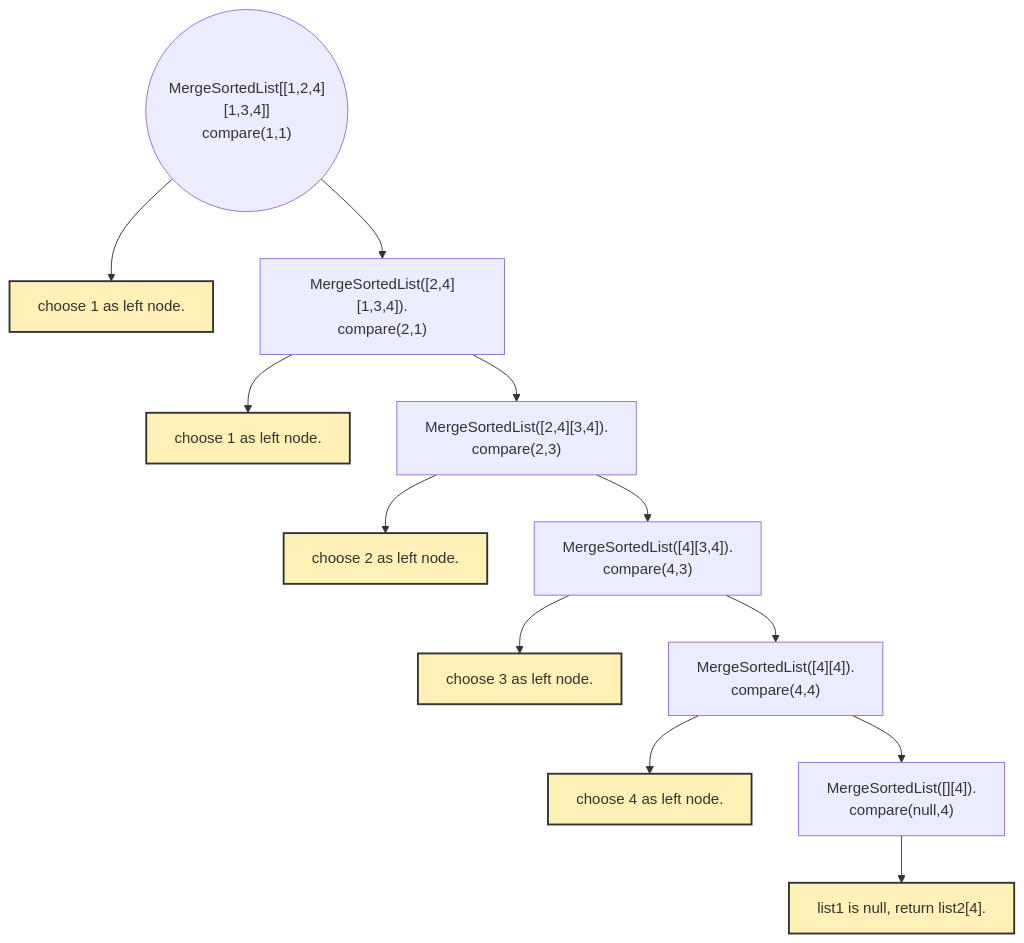
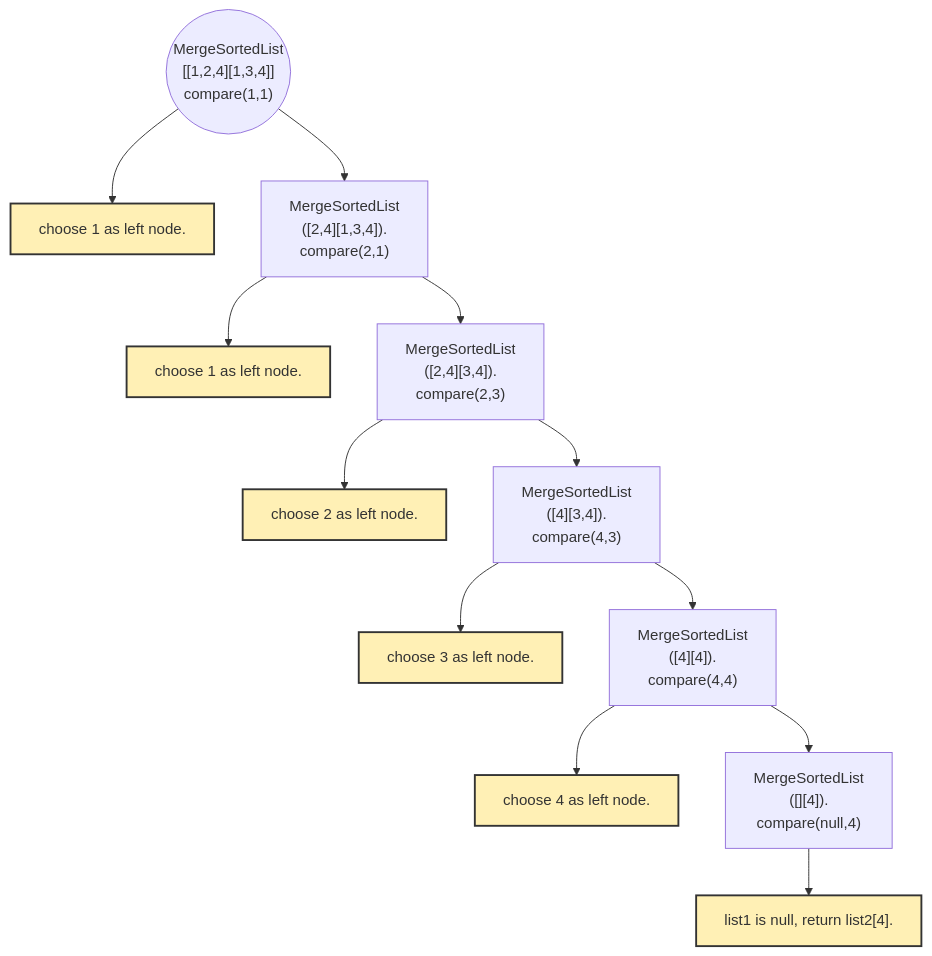
The diagram in merge-two-sorted-lists/README.md (internetms52/leetcode-notes), drawn with Mermaid before and after one commit.

````diff
--- a/merge-two-sorted-lists/README.md
+++ b/merge-two-sorted-lists/README.md
@@ -31,16 +31,16 @@
 ```mermaid
 flowchart TD
-  root(("MergeSortedList[[1,2,4][1,3,4]]<br>compare(1,1)"))-->A["choose 1 as left node."]:::yellow
-  root-->B["MergeSortedList([2,4][1,3,4]).<br>compare(2,1)"]
+  root(("MergeSortedList<br>[[1,2,4][1,3,4]]<br>compare(1,1)"))-->A["choose 1 as left node."]:::yellow
+  root-->B["MergeSortedList<br>([2,4][1,3,4]).<br>compare(2,1)"]
   B-->C["choose 1 as left node."]:::yellow
-  B-->D["MergeSortedList([2,4][3,4]).<br>compare(2,3)"]
+  B-->D["MergeSortedList<br>([2,4][3,4]).<br>compare(2,3)"]
   D-->E["choose 2 as left node."]:::yellow
-  D-->F["MergeSortedList([4][3,4]).<br>compare(4,3)"]
+  D-->F["MergeSortedList<br>([4][3,4]).<br>compare(4,3)"]
   F-->G["choose 3 as left node."]:::yellow
-  F-->H["MergeSortedList([4][4]).<br>compare(4,4)"]
+  F-->H["MergeSortedList<br>([4][4]).<br>compare(4,4)"]
   H-->I["choose 4 as left node."]:::yellow
-  H-->J["MergeSortedList([][4]).<br>compare(null,4)"]
+  H-->J["MergeSortedList<br>([][4]).<br>compare(null,4)"]
   J-->K["list1 is null, return list2[4]."]:::yellow
 
 classDef yellow fill:#FFF0B5,stroke:#333,stroke-width:2px
 ```
````
